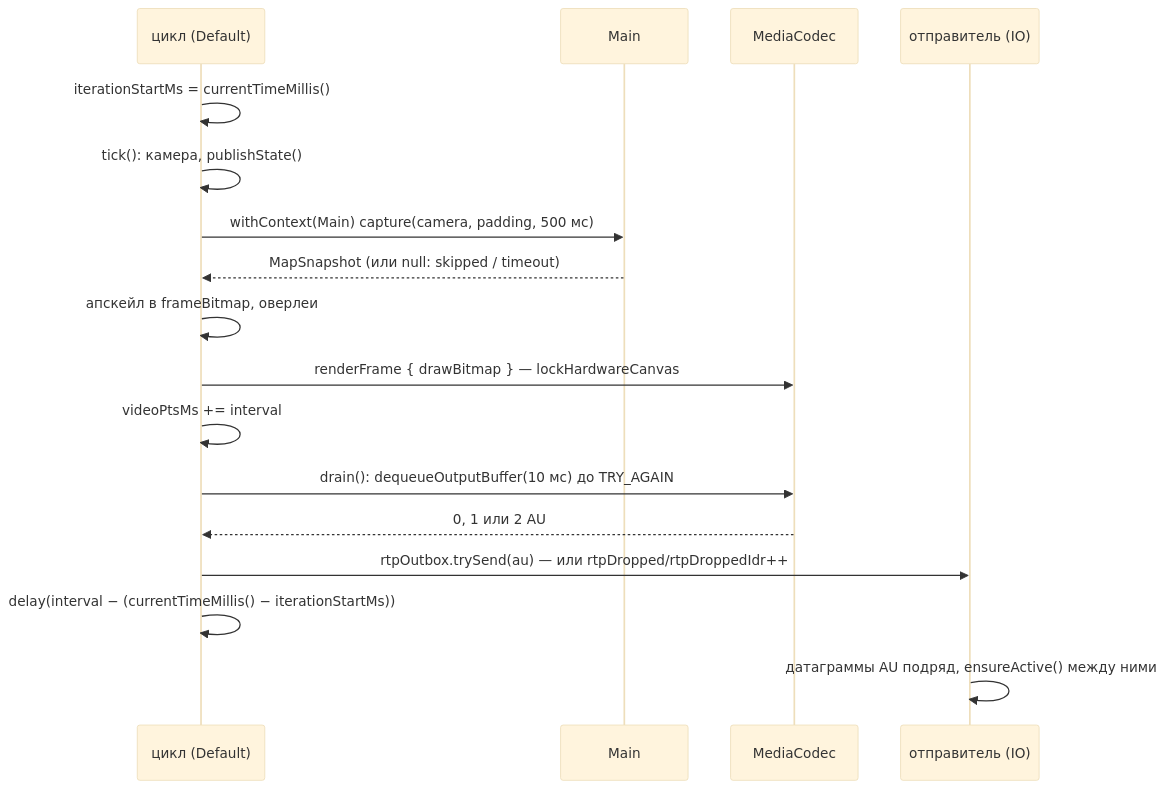
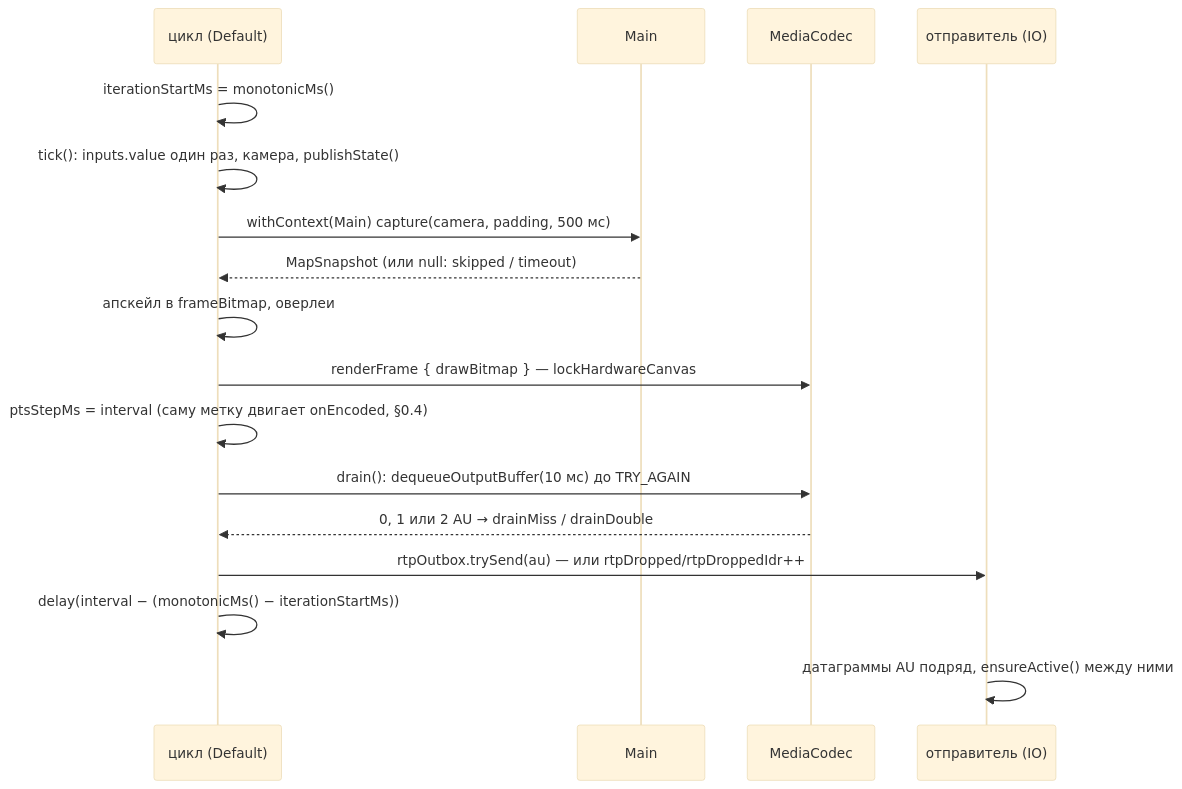
The second of 3 diagrams in pipeline.md (RPG-18/snatch-dash), drawn with Mermaid (base theme) before and after one commit. The commit also changed other lines of this file and 13 other files, not shown here.

````diff
--- a/pipeline.md
+++ b/pipeline.md
@@ -342,19 +472,19 @@
 ```mermaid
 sequenceDiagram
   participant L as цикл (Default)
   participant M as Main
   participant E as MediaCodec
   participant S as отправитель (IO)
-  L->>L: iterationStartMs = currentTimeMillis()
-  L->>L: tick(): камера, publishState()
+  L->>L: iterationStartMs = monotonicMs()
+  L->>L: tick(): inputs.value один раз, камера, publishState()
   L->>M: withContext(Main) capture(camera, padding, 500 мс)
   M-->>L: MapSnapshot (или null: skipped / timeout)
   L->>L: апскейл в frameBitmap, оверлеи
   L->>E: renderFrame { drawBitmap } — lockHardwareCanvas
-  L->>L: videoPtsMs += interval
+  L->>L: ptsStepMs = interval (саму метку двигает onEncoded, §0.4)
   L->>E: drain(): dequeueOutputBuffer(10 мс) до TRY_AGAIN
-  E-->>L: 0, 1 или 2 AU
+  E-->>L: 0, 1 или 2 AU → drainMiss / drainDouble
   L->>S: rtpOutbox.trySend(au) — или rtpDropped/rtpDroppedIdr++
-  L->>L: delay(interval − (currentTimeMillis() − iterationStartMs))
+  L->>L: delay(interval − (monotonicMs() − iterationStartMs))
   S->>S: датаграммы AU подряд, ensureActive() между ними
 ```
````
